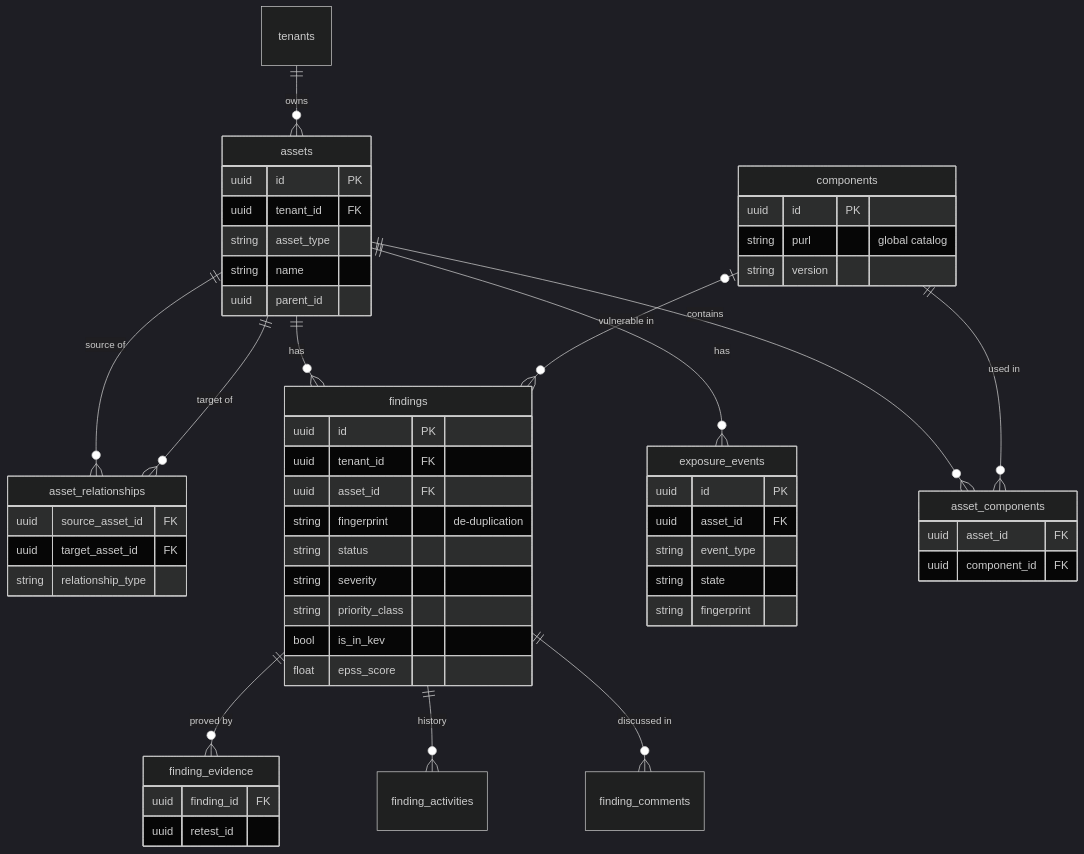
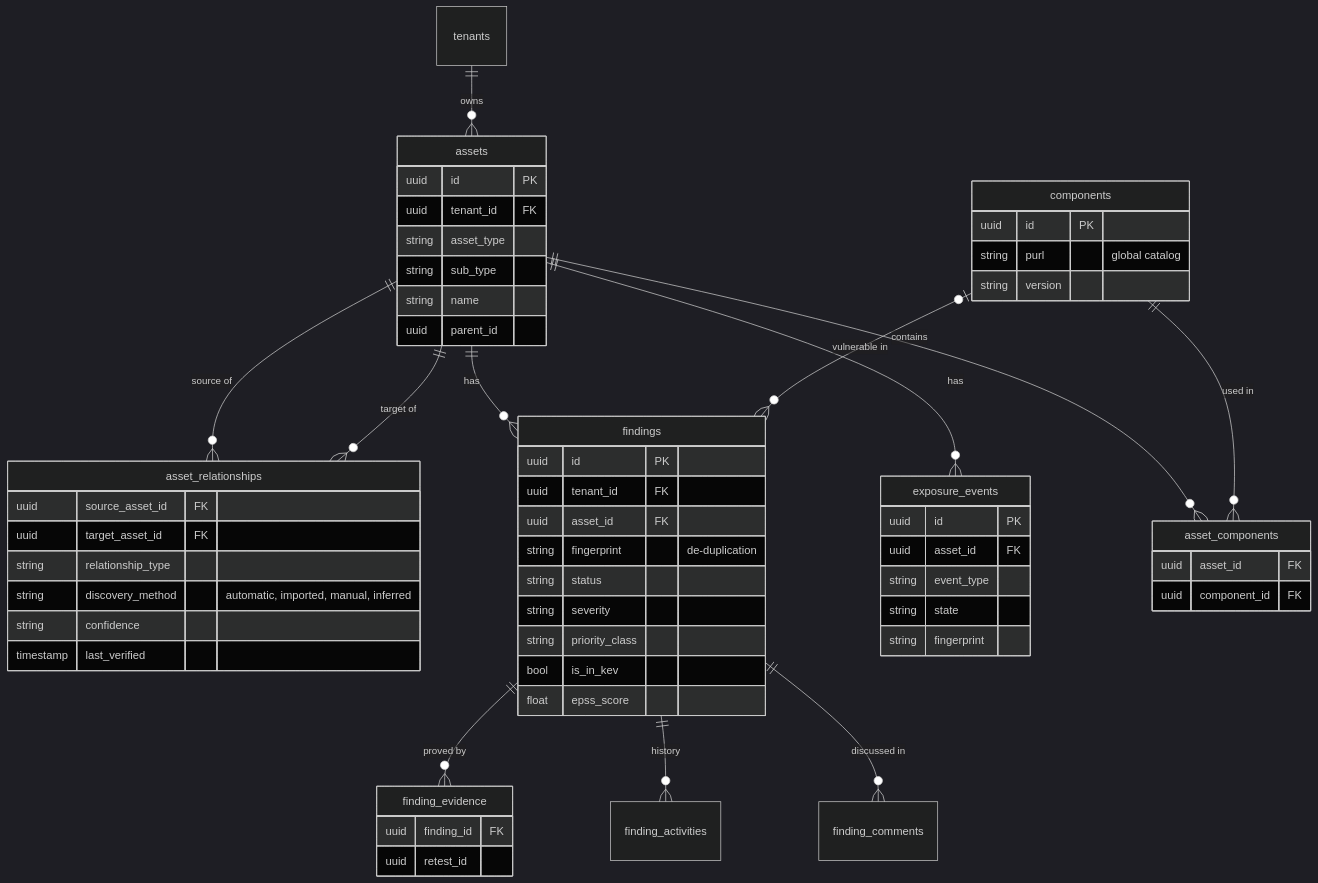
One commit to openctemio/docs changed the second of 3 diagrams in overview/data-model.md. Above: the diagram before and after it, drawn with Mermaid (dark theme). The commit also changed other lines of this file and 46 other files, not shown here.

````diff
--- a/overview/data-model.md
+++ b/overview/data-model.md
@@ -91,58 +91,62 @@
 ```mermaid
 erDiagram
     tenants ||--o{ assets : owns
     assets ||--o{ asset_relationships : "source of"
     assets ||--o{ asset_relationships : "target of"
     assets ||--o{ findings : "has"
     assets ||--o{ exposure_events : "has"
     assets ||--o{ asset_components : "contains"
     components ||--o{ asset_components : "used in"
     components |o--o{ findings : "vulnerable in"
     findings ||--o{ finding_evidence : "proved by"
     findings ||--o{ finding_activities : "history"
     findings ||--o{ finding_comments : "discussed in"
 
     assets {
         uuid id PK
         uuid tenant_id FK
         string asset_type
+        string sub_type
         string name
         uuid parent_id
     }
     asset_relationships {
         uuid source_asset_id FK
         uuid target_asset_id FK
         string relationship_type
+        string discovery_method "automatic, imported, manual, inferred"
+        string confidence
+        timestamp last_verified
     }
     findings {
         uuid id PK
         uuid tenant_id FK
         uuid asset_id FK
         string fingerprint "de-duplication"
         string status
         string severity
         string priority_class
         bool is_in_kev
         float epss_score
     }
     exposure_events {
         uuid id PK
         uuid asset_id FK
         string event_type
         string state
         string fingerprint
     }
     components {
         uuid id PK
         string purl "global catalog"
         string version
     }
     asset_components {
         uuid asset_id FK
         uuid component_id FK
     }
     finding_evidence {
         uuid finding_id FK
         uuid retest_id
     }
 ```
````
